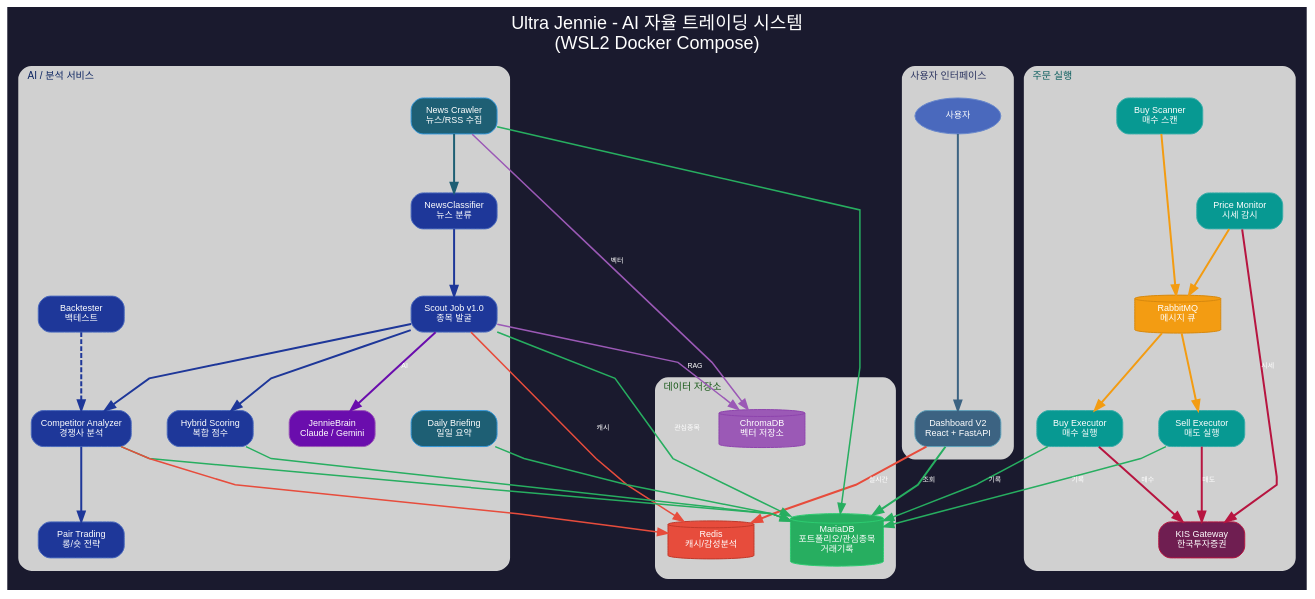
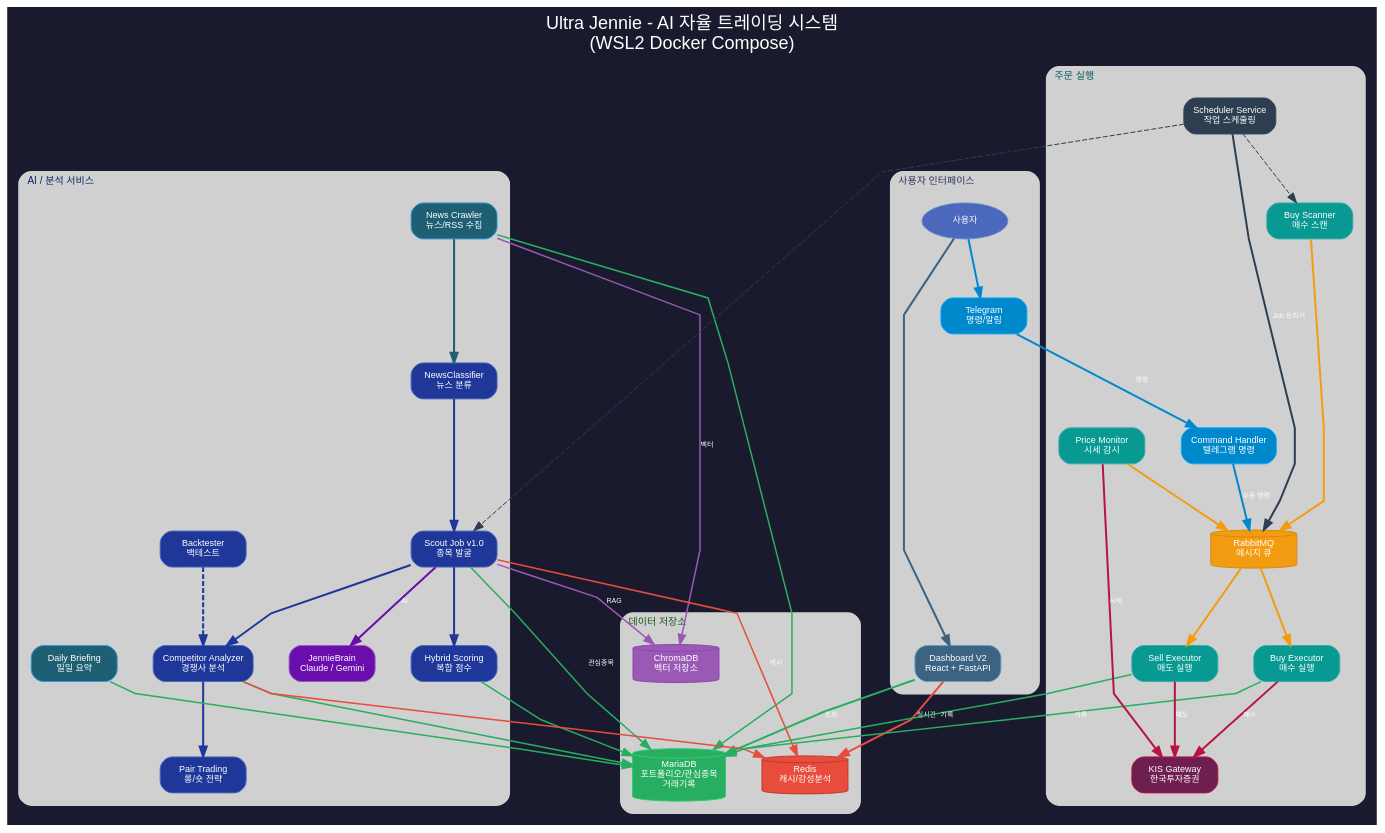
The diagram in docs/architecture/01_overall_architecture.dot (youngs7596/our-ultra-jennie), drawn with Graphviz before and after one commit. The commit also changed 2 other files, not shown here.

Commit message:
docs: update architecture diagrams with new services
- Add Command Handler, Scheduler Service, Telegram to overall architecture
- Add manual trading flow via Telegram in buy/sell decision flow
- Add Scheduler and Command Handler connections in MSA module links
- Preserve existing layout structure

```diff
--- a/docs/architecture/01_overall_architecture.dot
+++ b/docs/architecture/01_overall_architecture.dot
@@ -1,167 +1,176 @@
 digraph MyUltraJennie {
     // 전체 스타일 설정
     bgcolor="#1a1a2e";
     fontname="Helvetica,Arial,sans-serif";
     label="Ultra Jennie - AI 자율 트레이딩 시스템\n(WSL2 Docker Compose)";
     labelloc=t;
     fontsize=18;
     fontcolor="white";
     rankdir=TB;
     compound=true;
     newrank=true;
     splines=polyline;
     nodesep=0.5;
     ranksep=0.8;
 
     // 기본 노드 스타일
     node [
         style="rounded,filled",
         shape=box,
         fontname="Helvetica,Arial,sans-serif",
         fontsize=9,
         fontcolor="white",
         width=1.2,
         height=0.5
     ];
 
     // 기본 엣지 스타일
     edge [
         fontname="Helvetica,Arial,sans-serif",
         fontsize=7,
         fontcolor="white",
         color="#666666",
         penwidth=1.5
     ];
 
     // ============================================================
     // 사용자 인터페이스
     // ============================================================
     subgraph cluster_ui {
         label="사용자 인터페이스";
         labeljust=l;
         style="rounded,filled";
         bgcolor="#f0f0ff";
         color="#d0d0d0";
         fontcolor="#2d3561";
         fontsize=10;
         penwidth=2;
         margin=12;
         
         USER [label="사용자", shape=ellipse, fillcolor="#4a69bd", color="#6a89cc"];
         DASH_V2 [label="Dashboard V2\nReact + FastAPI", fillcolor="#3c6382", color="#60a3bc"];
+        TELEGRAM [label="Telegram\n명령/알림", fillcolor="#0088cc", color="#00aaff"];
         
         USER -> DASH_V2 [color="#3c6382", penwidth=2];
+        USER -> TELEGRAM [color="#0088cc", penwidth=2];
     }
 
     // ============================================================
     // AI / 분석 서비스
     // ============================================================
     subgraph cluster_ai_services {
         label="AI / 분석 서비스";
         labeljust=l;
         style="rounded,filled";
         bgcolor="#f0f0ff";
         color="#d0d0d0";
         fontcolor="#0c2461";
         fontsize=10;
         penwidth=2;
         margin=12;
         
         LLM [label="JennieBrain\nClaude / Gemini", fillcolor="#6a0dad", color="#9b59b6"];
         NEWS_CRAWLER [label="News Crawler\n뉴스/RSS 수집", fillcolor="#1e5f74", color="#3498db"];
         CLASSIFIER [label="NewsClassifier\n뉴스 분류", fillcolor="#1e3799", color="#4a69bd"];
         SCOUT [label="Scout Job v1.0\n종목 발굴", fillcolor="#1e3799", color="#4a69bd"];
         HYBRID [label="Hybrid Scoring\n복합 점수", fillcolor="#1e3799", color="#4a69bd"];
         COMP_ANALYZER [label="Competitor Analyzer\n경쟁사 분석", fillcolor="#1e3799", color="#4a69bd"];
         PAIR_STRAT [label="Pair Trading\n롱/숏 전략", fillcolor="#1e3799", color="#4a69bd"];
         BACKTESTER [label="Backtester\n백테스트", fillcolor="#1e3799", color="#4a69bd"];
         DAILY_BRIEF [label="Daily Briefing\n일일 요약", fillcolor="#1e5f74", color="#3498db"];
         
         // 내부 연결
         NEWS_CRAWLER -> CLASSIFIER [color="#1e5f74", penwidth=2];
         CLASSIFIER -> SCOUT [color="#1e3799", penwidth=2];
         SCOUT -> LLM [color="#6a0dad", label="AI", penwidth=2];
         SCOUT -> HYBRID [color="#1e3799", penwidth=2];
         SCOUT -> COMP_ANALYZER [color="#1e3799", penwidth=2];
         COMP_ANALYZER -> PAIR_STRAT [color="#1e3799", penwidth=2];
         BACKTESTER -> COMP_ANALYZER [style=dashed, color="#1e3799", penwidth=2];
     }
 
     // ============================================================
     // 주문 실행 서비스
     // ============================================================
     subgraph cluster_execution {
         label="주문 실행";
         labeljust=l;
         style="rounded,filled";
         bgcolor="#f0fff0";
         color="#d0d0d0";
         fontcolor="#0a5d5d";
         fontsize=10;
         penwidth=2;
         margin=12;
         
+        SCHEDULER [label="Scheduler Service\n작업 스케줄링", fillcolor="#2c3e50", color="#34495e"];
+        CMD_HANDLER [label="Command Handler\n텔레그램 명령", fillcolor="#0088cc", color="#00aaff"];
         BUY_SCAN [label="Buy Scanner\n매수 스캔", fillcolor="#079992", color="#38ada9"];
         BUY_EXEC [label="Buy Executor\n매수 실행", fillcolor="#079992", color="#38ada9"];
         SELL_EXEC [label="Sell Executor\n매도 실행", fillcolor="#079992", color="#38ada9"];
         PRICE_MON [label="Price Monitor\n시세 감시", fillcolor="#079992", color="#38ada9"];
         RABBITMQ [label="RabbitMQ\n메시지 큐", shape=cylinder, fillcolor="#f39c12", color="#d68910"];
         KIS_GW [label="KIS Gateway\n한국투자증권", fillcolor="#6F1E51", color="#b71540"];
         
         // 내부 연결
+        SCHEDULER -> RABBITMQ [color="#2c3e50", label="Job 트리거", penwidth=2];
+        SCHEDULER -> BUY_SCAN [color="#2c3e50", style=dashed, penwidth=1];
+        SCHEDULER -> SCOUT [color="#2c3e50", style=dashed, penwidth=1];
+        CMD_HANDLER -> RABBITMQ [color="#0088cc", label="수동 명령", penwidth=2];
         BUY_SCAN -> RABBITMQ [color="#f39c12", penwidth=2];
         PRICE_MON -> RABBITMQ [color="#f39c12", penwidth=2];
         RABBITMQ -> BUY_EXEC [color="#f39c12", penwidth=2];
         RABBITMQ -> SELL_EXEC [color="#f39c12", penwidth=2];
         BUY_EXEC -> KIS_GW [color="#b71540", label="매수", penwidth=2];
         SELL_EXEC -> KIS_GW [color="#b71540", label="매도", penwidth=2];
         PRICE_MON -> KIS_GW [color="#b71540", label="시세", penwidth=2];
     }
 
     // ============================================================
     // 데이터 저장소
     // ============================================================
     subgraph cluster_datastore {
         label="데이터 저장소";
         labeljust=l;
         style="rounded,filled";
         bgcolor="#f5f5f5";
         color="#d0d0d0";
         fontcolor="#1a5a1a";
         fontsize=10;
         penwidth=2;
         margin=12;
         
         MARIADB [label="MariaDB\n포트폴리오/관심종목\n거래기록", shape=cylinder, fillcolor="#27ae60", color="#2ecc71"];
         REDIS [label="Redis\n캐시/감성분석", shape=cylinder, fillcolor="#e74c3c", color="#c0392b"];
         CHROMADB [label="ChromaDB\n벡터 저장소", shape=cylinder, fillcolor="#9b59b6", color="#8e44ad"];
     }
 
     // ============================================================
     // 레이아웃 제어
     // ============================================================
     { rank=same; USER; NEWS_CRAWLER; BUY_SCAN; }
     
     // UI -> Data Storage 연결
     DASH_V2 -> MARIADB [color="#27ae60", label="조회", weight=10, penwidth=2];
     DASH_V2 -> REDIS [color="#e74c3c", label="실시간", penwidth=2];
+    TELEGRAM -> CMD_HANDLER [color="#0088cc", label="명령", penwidth=2];
 
     // ============================================================
     // 클러스터 간 연결
     // ============================================================
 
     // AI 서비스 -> 데이터 저장소
     SCOUT -> MARIADB [color="#27ae60", label="관심종목"];
     SCOUT -> REDIS [color="#e74c3c", label="캐시"];
     SCOUT -> CHROMADB [color="#9b59b6", label="RAG"];
     HYBRID -> MARIADB [color="#27ae60"];
     COMP_ANALYZER -> MARIADB [color="#27ae60"];
     COMP_ANALYZER -> REDIS [color="#e74c3c"];
     NEWS_CRAWLER -> CHROMADB [color="#9b59b6", label="벡터"];
     NEWS_CRAWLER -> MARIADB [color="#27ae60"];
     DAILY_BRIEF -> MARIADB [color="#27ae60"];
 
     // 주문 실행 -> 데이터 저장소
     BUY_EXEC -> MARIADB [color="#27ae60", label="기록"];
     SELL_EXEC -> MARIADB [color="#27ae60", label="기록"];
 }
```
